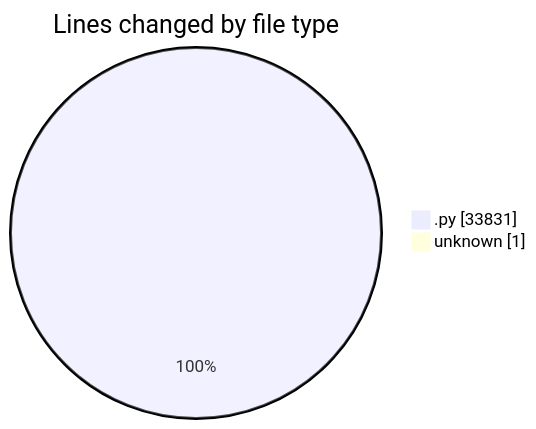
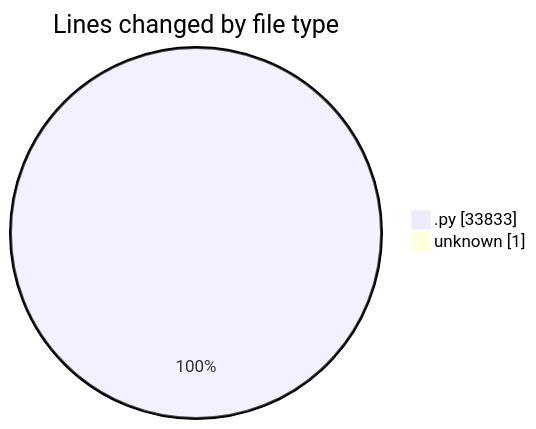
Before and after one commit to julien-gomy/code-tracking: the first of 2 diagrams in 2025-11-22/eventscop-api-guide__workspace_/README.md, drawn with Mermaid. The commit also changed other lines of this file and 1 other file, not shown here.

````diff
--- a/2025-11-22/eventscop-api-guide__workspace_/README.md
+++ b/2025-11-22/eventscop-api-guide__workspace_/README.md
@@ -32,6 +32,6 @@
 ```mermaid
 pie showData
 title Lines changed by file type
-".py" : 33831
+".py" : 33833
 "unknown" : 1
 ```
````
